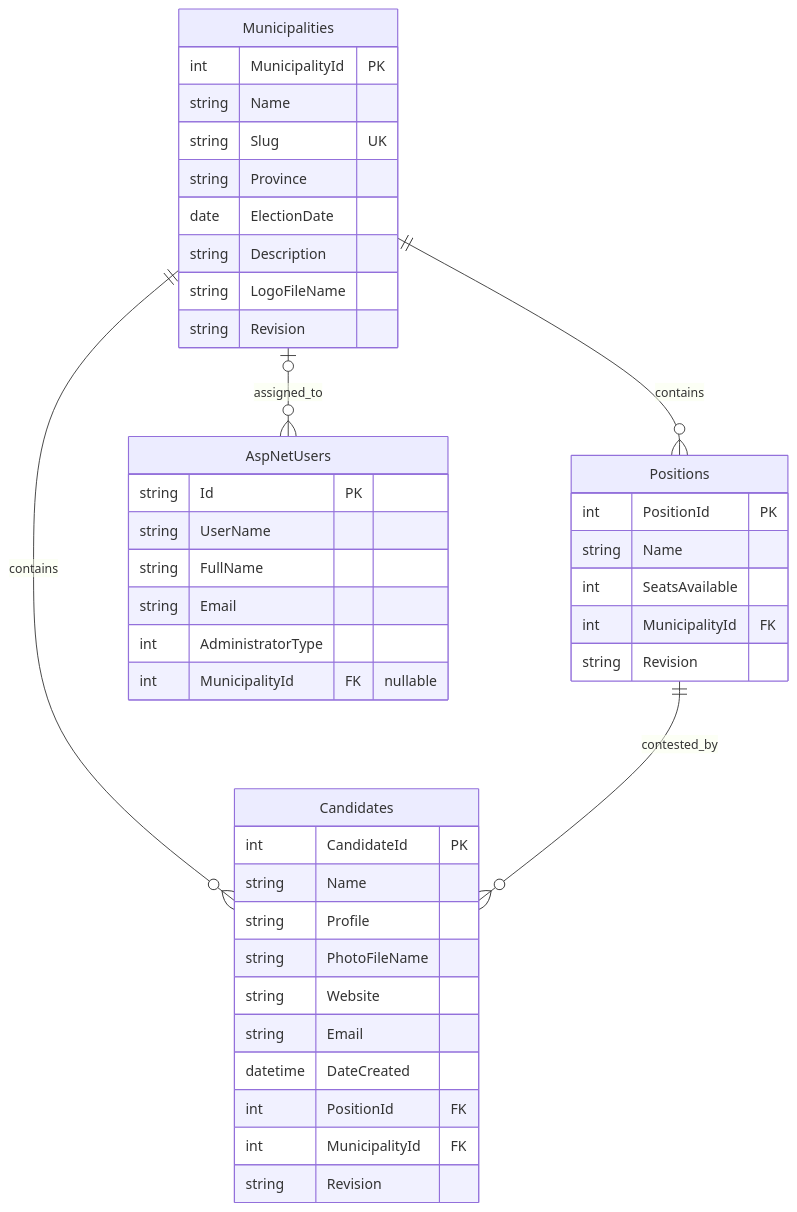
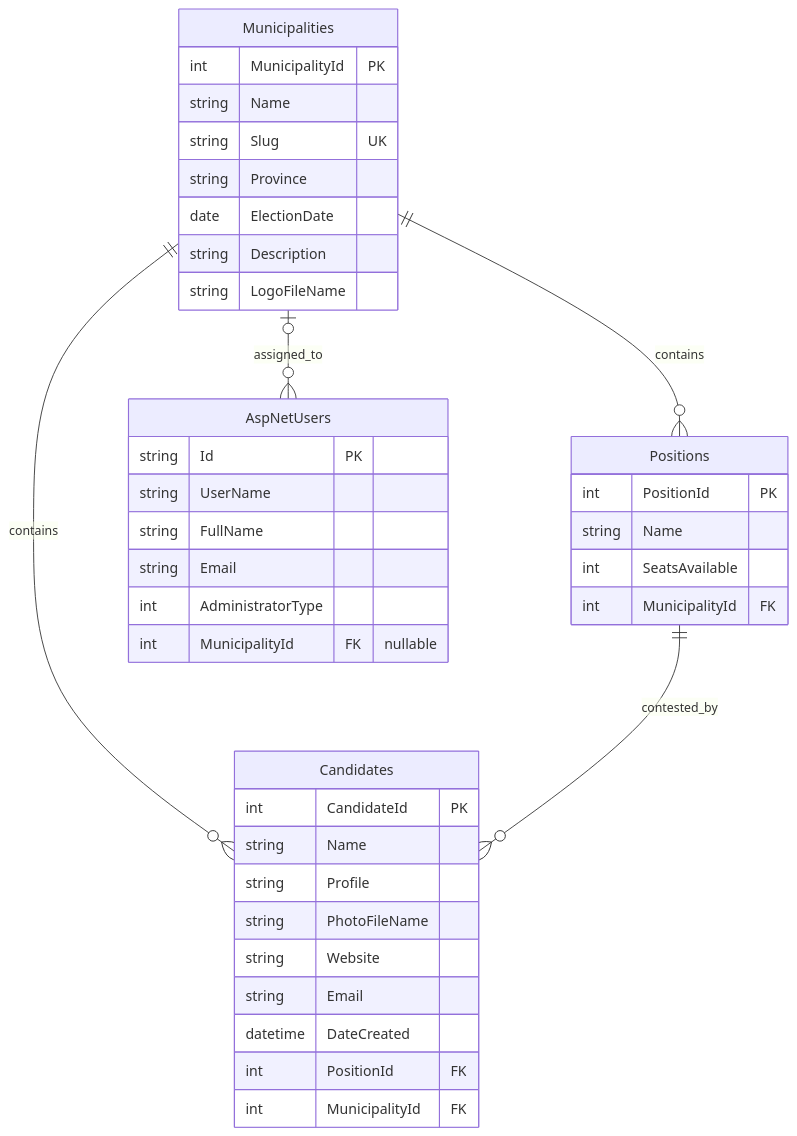
One commit to Bardia258/Assignment2-term4 changed the diagram in COMP4976-MunicipalElections-CSharp/docs/erd/ERD.md. Above: the diagram before and after it, drawn with Mermaid. The commit also changed other lines of this file and 13 other files, not shown here.

````diff
--- a/COMP4976-MunicipalElections-CSharp/docs/erd/ERD.md
+++ b/COMP4976-MunicipalElections-CSharp/docs/erd/ERD.md
@@ -7,45 +7,42 @@
 ```mermaid
 erDiagram
     Municipalities ||--o{ Positions : contains
     Municipalities ||--o{ Candidates : contains
     Positions ||--o{ Candidates : contested_by
     Municipalities |o--o{ AspNetUsers : assigned_to
 
     Municipalities {
         int MunicipalityId PK
         string Name
         string Slug UK
         string Province
         date ElectionDate
         string Description
         string LogoFileName
-        string Revision
     }
     Positions {
         int PositionId PK
         string Name
         int SeatsAvailable
         int MunicipalityId FK
-        string Revision
     }
     Candidates {
         int CandidateId PK
         string Name
         string Profile
         string PhotoFileName
         string Website
         string Email
         datetime DateCreated
         int PositionId FK
         int MunicipalityId FK
-        string Revision
     }
     AspNetUsers {
         string Id PK
         string UserName
         string FullName
         string Email
         int AdministratorType
         int MunicipalityId FK "nullable"
     }
 ```
````
